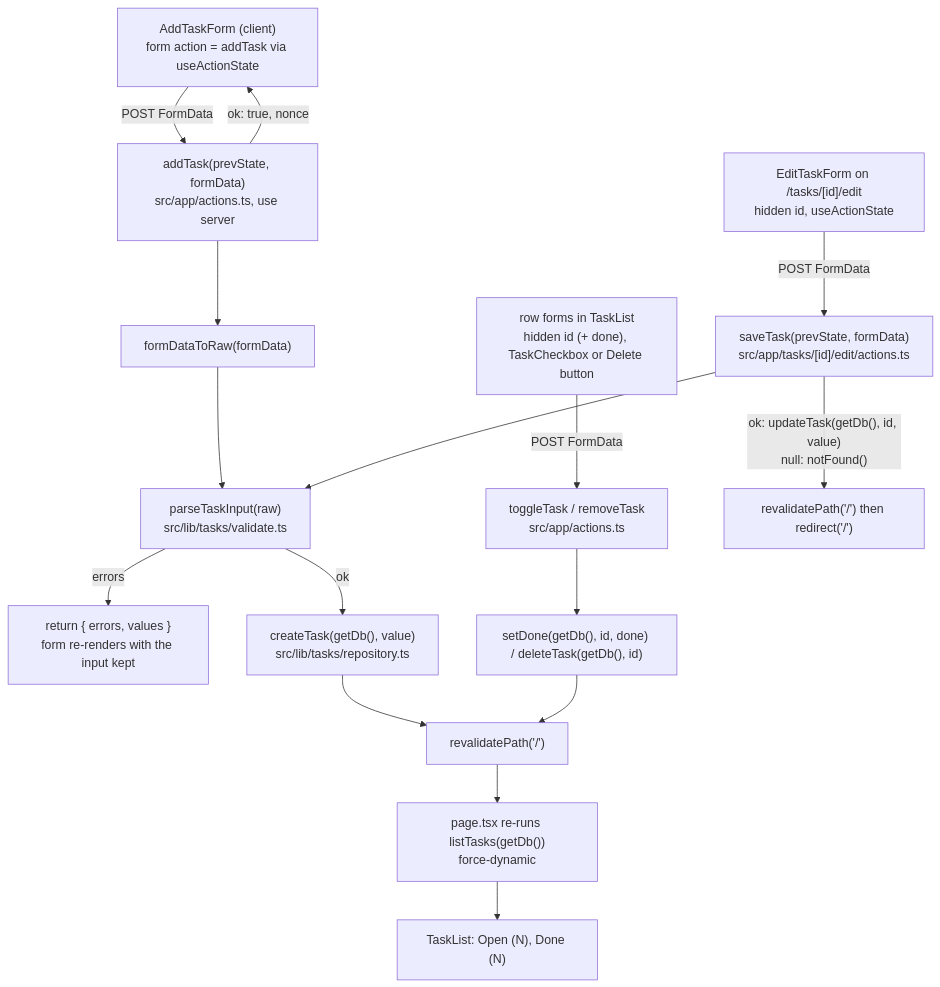
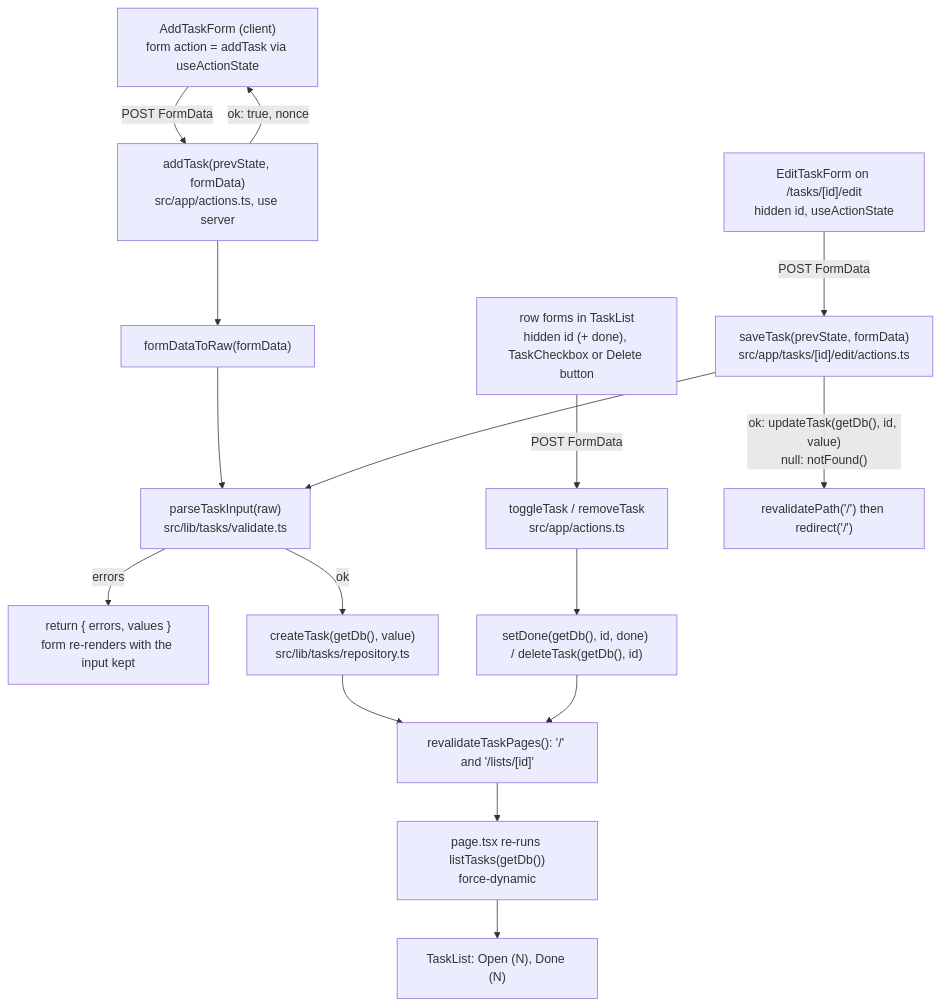
The diagram in docs/current/how/tasks.md (mkelk/harness-demo), drawn with Mermaid before and after one commit. The commit also changed other lines of this file and 6 other files, not shown here.

````diff
--- a/docs/current/how/tasks.md
+++ b/docs/current/how/tasks.md
@@ -12,18 +12,18 @@
 ```mermaid
 flowchart TD
     Form["AddTaskForm (client)<br/>form action = addTask via useActionState"] -->|"POST FormData"| Action["addTask(prevState, formData)<br/>src/app/actions.ts, use server"]
     Action --> Raw["formDataToRaw(formData)"]
     Raw --> Parse["parseTaskInput(raw)<br/>src/lib/tasks/validate.ts"]
     Parse -->|"errors"| Errors["return { errors, values }<br/>form re-renders with the input kept"]
     Parse -->|"ok"| Repo["createTask(getDb(), value)<br/>src/lib/tasks/repository.ts"]
-    Repo --> Reval["revalidatePath('/')"]
+    Repo --> Reval["revalidateTaskPages(): '/' and '/lists/[id]'"]
     Reval --> Page["page.tsx re-runs listTasks(getDb())<br/>force-dynamic"]
     Page --> List["TaskList: Open (N), Done (N)"]
     Action -->|"ok: true, nonce"| Form
     Row["row forms in TaskList<br/>hidden id (+ done), TaskCheckbox or Delete button"] -->|"POST FormData"| Toggle["toggleTask / removeTask<br/>src/app/actions.ts"]
     Toggle --> Write["setDone(getDb(), id, done) / deleteTask(getDb(), id)"]
     Write --> Reval
     Edit["EditTaskForm on /tasks/[id]/edit<br/>hidden id, useActionState"] -->|"POST FormData"| Save["saveTask(prevState, formData)<br/>src/app/tasks/[id]/edit/actions.ts"]
     Save --> Parse
     Save -->|"ok: updateTask(getDb(), id, value)<br/>null: notFound()"| Redirect["revalidatePath('/') then redirect('/')"]
 ```
````
